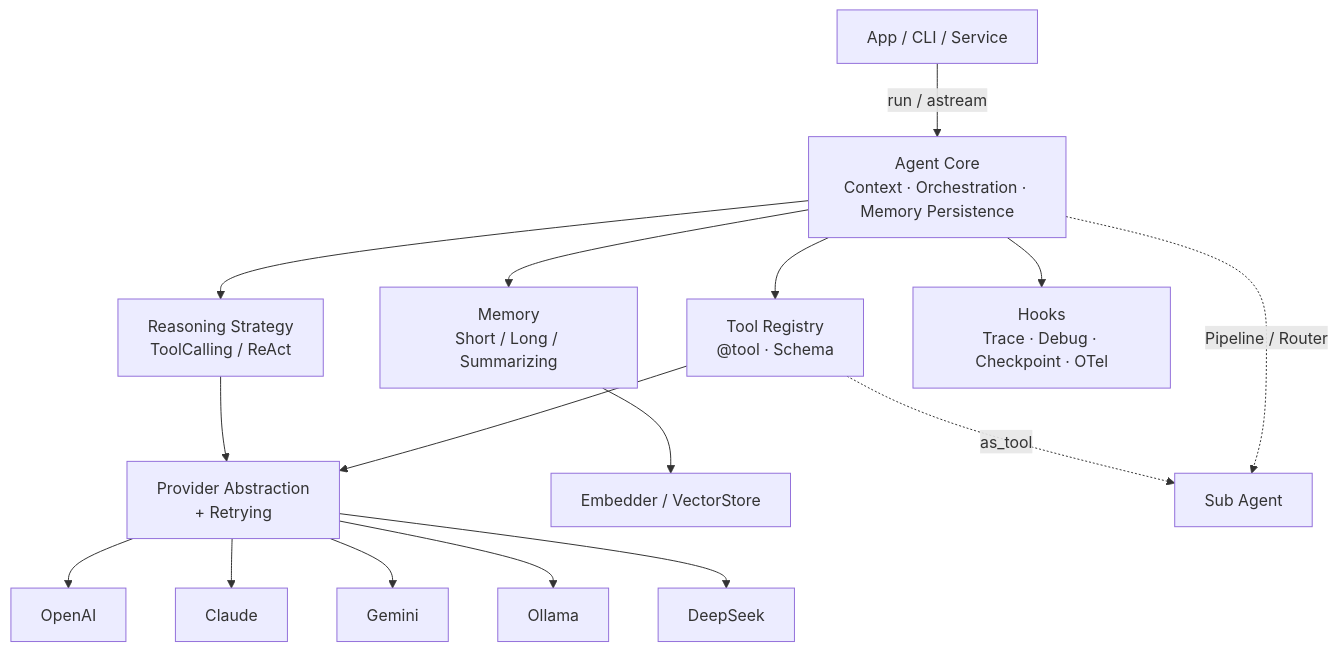
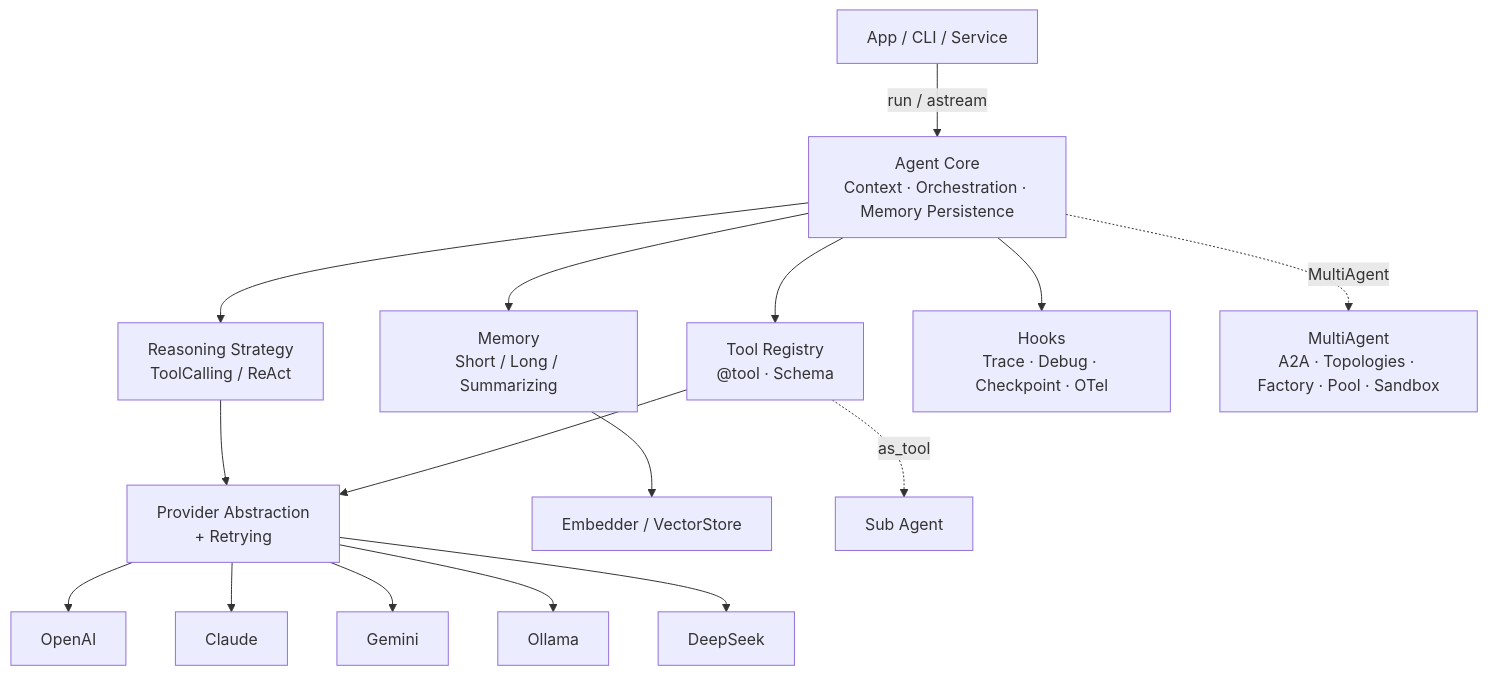
The diagram in README.md (Morainet/morainet-ai), drawn with Mermaid before and after one commit. The commit also changed other lines of this file and 6 other files, not shown here.

````diff
--- a/README.md
+++ b/README.md
@@ -72,18 +72,18 @@
 ```mermaid
 flowchart TD
     App[App / CLI / Service] -->|run / astream| Core[Agent Core<br/>Context · Orchestration · Memory Persistence]
 
     Core --> Reasoning[Reasoning Strategy<br/>ToolCalling / ReAct]
     Core --> Memory[Memory<br/>Short / Long / Summarizing]
     Core --> Tools[Tool Registry<br/>@tool · Schema]
     Core --> Hooks[Hooks<br/>Trace · Debug · Checkpoint · OTel]
 
     Reasoning --> Provider[Provider Abstraction<br/>+ Retrying]
     Tools --> Provider
     Memory --> Embed[Embedder / VectorStore]
 
     Provider --> OpenAI & Claude & Gemini & Ollama & DeepSeek
 
     Tools -. as_tool .-> Sub[Sub Agent]
-    Core -. Pipeline / Router .-> Sub
+    Core -. MultiAgent .-> Multi[MultiAgent<br/>A2A · Topologies · Factory · Pool · Sandbox]
 ```
````
